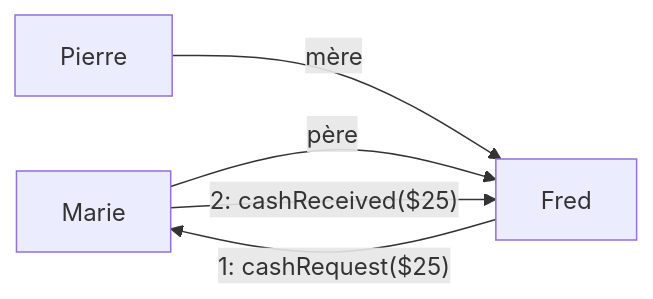
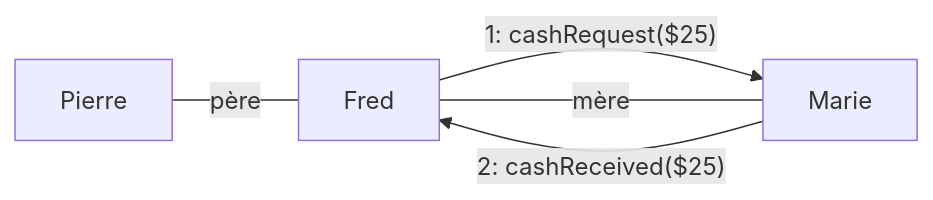
One commit to Yahya8bit/ensi-survival-kit changed diagram 16 of 30 in docs/Year 2/Semester 1/ACOO/Cours/acoo-analyse-modele-dynamique.md. Above: the diagram before and after it, drawn with Mermaid. The commit also changed other lines of this file, not shown here.

````diff
--- a/docs/Year 2/Semester 1/ACOO/Cours/acoo-analyse-modele-dynamique.md
+++ b/docs/Year 2/Semester 1/ACOO/Cours/acoo-analyse-modele-dynamique.md
@@ -522,7 +531,7 @@
 ```mermaid
 flowchart LR
-    Marie -->|père| Fred
-    Pierre -->|mère| Fred
+    Pierre ---|père| Fred
+    Marie ---|mère| Fred
     Fred -->|"1: cashRequest($25)"| Marie
     Marie -->|"2: cashReceived($25)"| Fred
 ```
````
